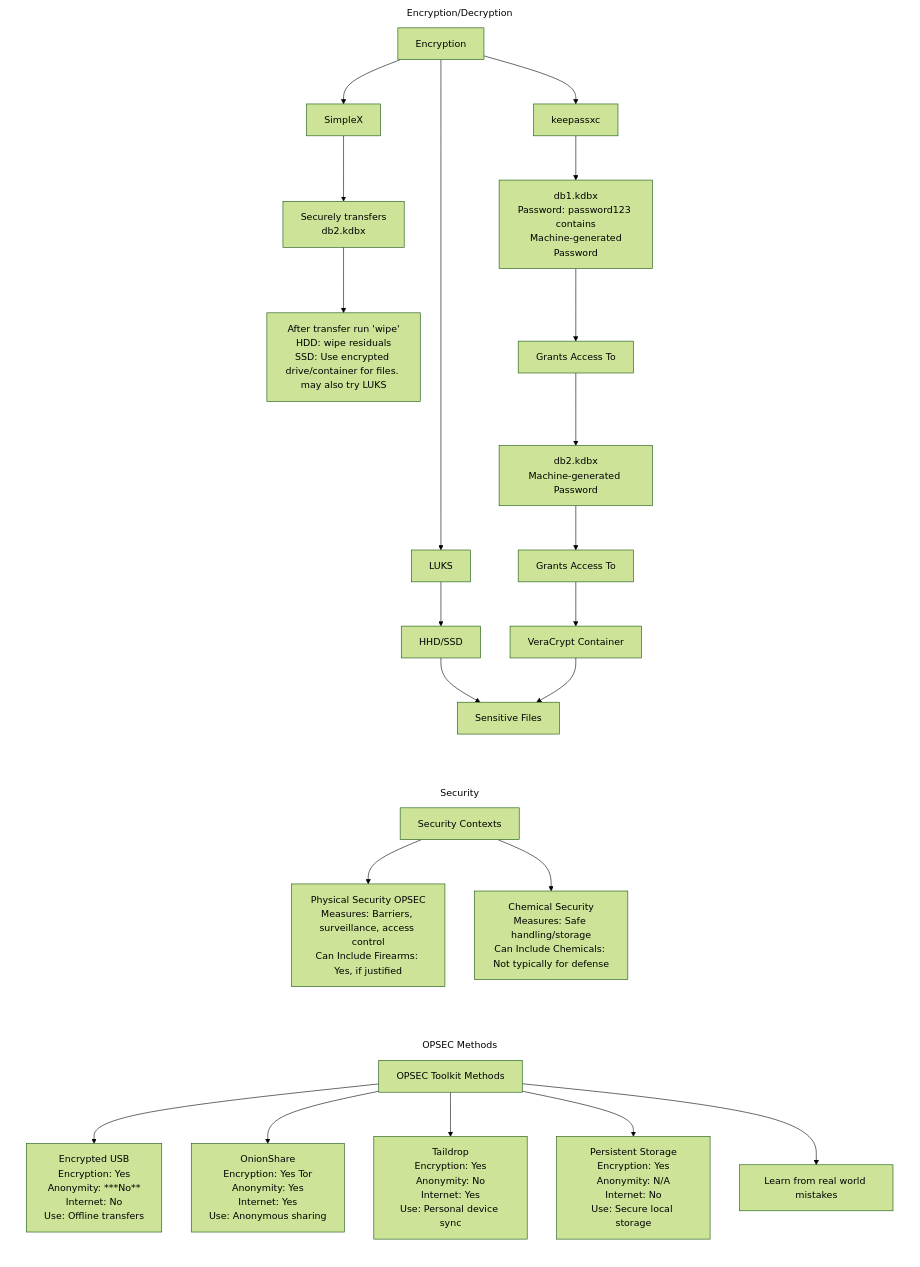
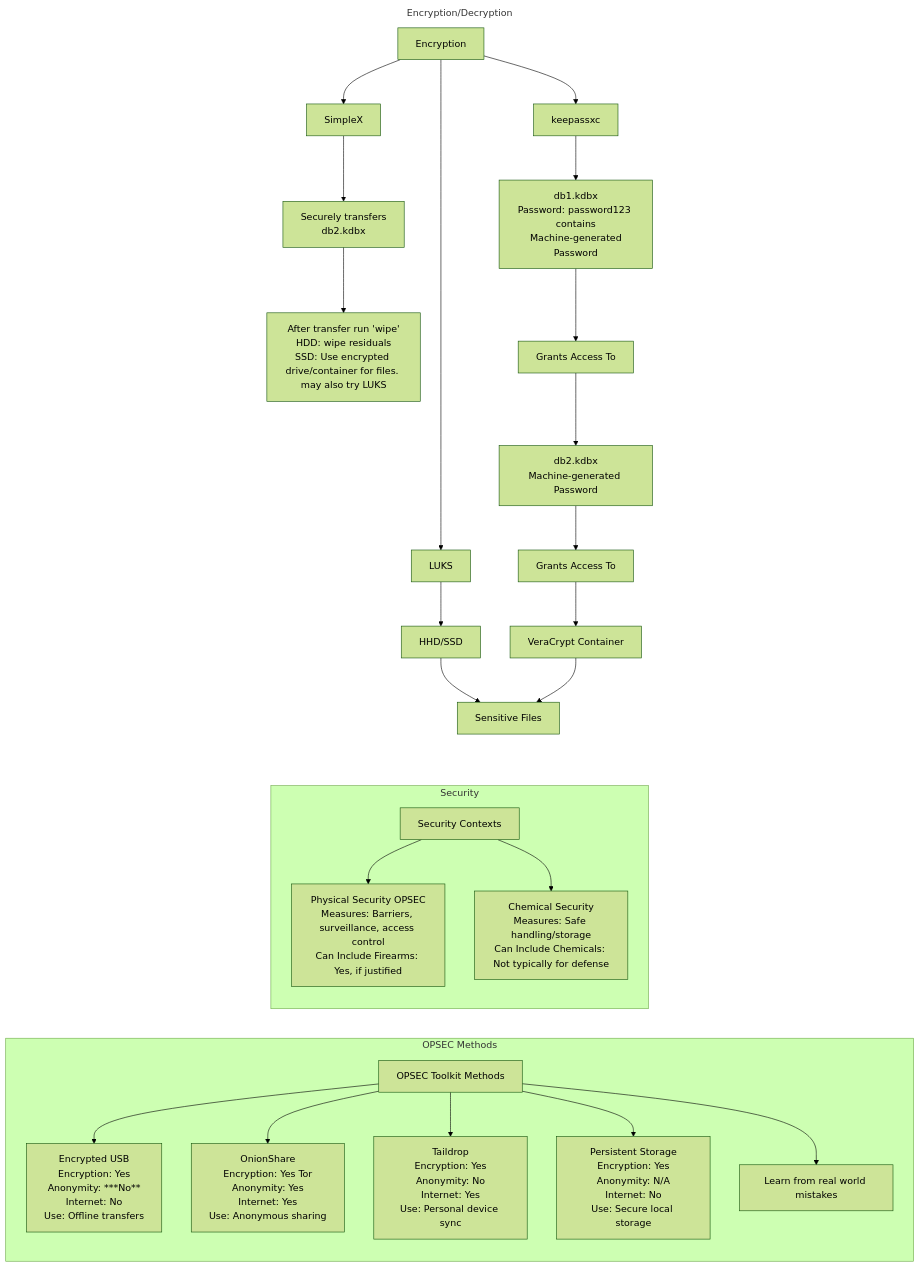
Before and after one commit to airborne-commando/OPSEC-OSINT-Tools: the diagram in markdown/mermaid-data/OPSEC-methods.md, drawn with Mermaid (forest theme). The commit also changed 8 other files, not shown here.

````diff
--- a/markdown/mermaid-data/OPSEC-methods.md
+++ b/markdown/mermaid-data/OPSEC-methods.md
@@ -1,72 +1,50 @@
 ```mermaid
 ---
 config:
   layout: dagre
 ---
 flowchart LR
  subgraph subGraph0["OPSEC Methods"]
         A["OPSEC Toolkit Methods"]
         B["Encrypted USB<br>Encryption: Yes<br>Anonymity: ***No**<br>Internet: No<br>Use: Offline transfers"]
         C["OnionShare<br>Encryption: Yes Tor<br>Anonymity: Yes<br>Internet: Yes<br>Use: Anonymous sharing"]
         D["Taildrop<br>Encryption: Yes<br>Anonymity: No<br>Internet: Yes<br>Use: Personal device sync"]
         E["Persistent Storage<br>Encryption: Yes<br>Anonymity: N/A<br>Internet: No<br>Use: Secure local storage"]
         FF["Learn from real world mistakes"]
   end
  subgraph Security["Security"]
         Q["Security Contexts"]
         R["Physical Security OPSEC<br>Measures: Barriers, surveillance, access control<br>Can Include Firearms: Yes, if justified"]
         S["Chemical Security<br>Measures: Safe handling/storage<br>Can Include Chemicals: Not typically for defense"]
   end
  subgraph s1["Encryption/Decryption"]
         G1["db1.kdbx<br>Password: password123 <br> contains <br> Machine-generated Password"]
         H["Grants Access To"]
         J1["db2.kdbx<br>Machine-generated Password"]
         K["Grants Access To"]
         L["Sensitive Files"]
         N["SimpleX"]
         O["Securely transfers<br>db2.kdbx"]
         P@{ label: "After transfer run 'wipe'<br>HDD: wipe residuals<br>SSD: Use encrypted drive/container for files. may also try LUKS" }
         E1["Encryption"]
         D1["LUKS"]
         B1["HHD/SSD"]
         XC["keepassxc"]
         J["VeraCrypt Container"]
   end
     A --> B & C & D & E & FF
     Q --> R & S
     E1 --> XC & D1 & N
     XC --> G1
     D1 --> B1
     B1 --> L
     N --> O
     O --> P
     G1 --> H
     H --> J1
     J1 --> K
     K --> J
     J --> L
     P@{ shape: rect}
-    style s1 fill:transparent,stroke:none,color:#000000
-    style Security fill:transparent,stroke:none,color:#000000
-    style subGraph0 fill:transparent,stroke:none,color:#000000
-    linkStyle 0 stroke:#000000,fill:none
-    linkStyle 1 stroke:#000000,fill:none
-    linkStyle 2 stroke:#000000,fill:none
-    linkStyle 3 stroke:#000000,fill:none
-    linkStyle 4 stroke:#000000
-    linkStyle 5 stroke:#000000,fill:none
-    linkStyle 6 stroke:#000000,fill:none
-    linkStyle 7 stroke:#000000,fill:none
-    linkStyle 8 stroke:#000000,fill:none
-    linkStyle 9 stroke:#000000,fill:none
-    linkStyle 10 stroke:#000000,fill:none
-    linkStyle 11 stroke:#000000,fill:none
-    linkStyle 12 stroke:#000000,fill:none
-    linkStyle 13 stroke:#000000,fill:none
-    linkStyle 14 stroke:#000000,fill:none
-    linkStyle 15 stroke:#000000,fill:none
-    linkStyle 16 stroke:#000000,fill:none
-    linkStyle 17 stroke:#000000,fill:none
-    linkStyle 18 stroke:#000000,fill:none
-    linkStyle 19 stroke:#000000,fill:none
+    style s1 fill:transparent,stroke:none
 ```
````
